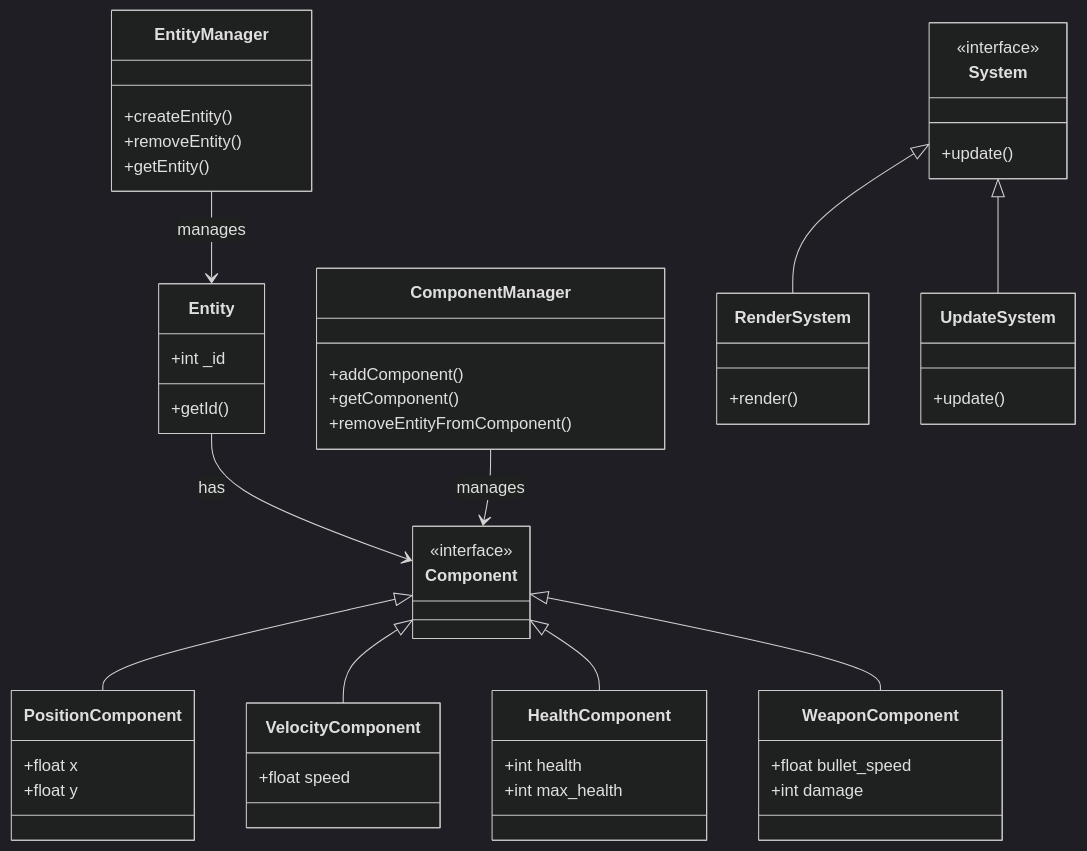
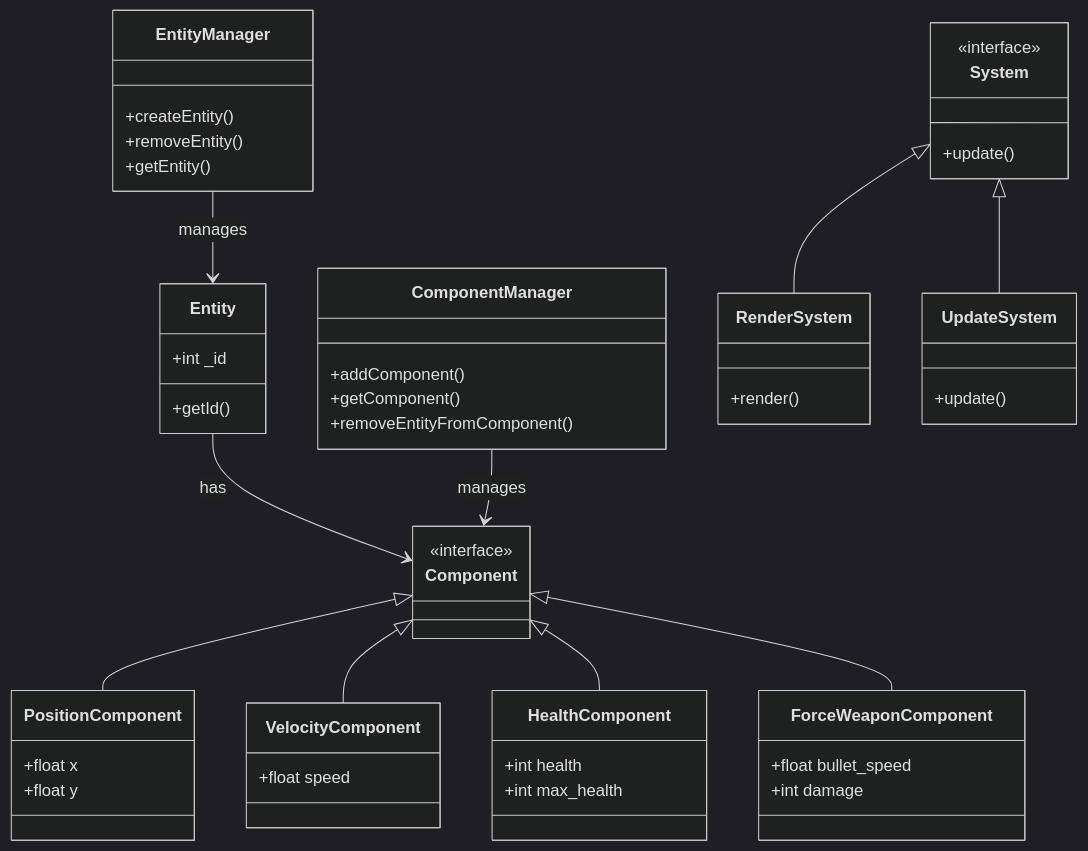
The seventh of 7 diagrams in Docs/DeveloperDocumentation.md (AleaChlodnik/R-Type), drawn with Mermaid (dark theme) before and after one commit. The commit also changed other lines of this file and 10 other files, not shown here.

First line of the commit message:
[FIX] force weapon move logic

````diff
--- a/Docs/DeveloperDocumentation.md
+++ b/Docs/DeveloperDocumentation.md
@@ -339,66 +339,66 @@
 ```mermaid
 classDiagram
     class Entity {
         +int _id
         +getId()
     }
 
     class Component {
         <<interface>>
     }
 
     class PositionComponent {
         +float x
         +float y
     }
 
     class VelocityComponent {
         +float speed
     }
 
     class HealthComponent {
         +int health
         +int max_health
     }
 
-    class WeaponComponent {
+    class ForceWeaponComponent {
         +float bullet_speed
         +int damage
     }
 
     class EntityManager {
         +createEntity()
         +removeEntity()
         +getEntity()
     }
 
     class ComponentManager {
         +addComponent()
         +getComponent()
         +removeEntityFromComponent()
     }
 
     class System {
         <<interface>>
         +update()
     }
 
     class RenderSystem {
         +render()
     }
 
     class UpdateSystem {
         +update()
     }
 
     Entity --> Component : has
     Component <|-- PositionComponent
     Component <|-- VelocityComponent
     Component <|-- HealthComponent
-    Component <|-- WeaponComponent
+    Component <|-- ForceWeaponComponent
 
     EntityManager --> Entity : manages
     ComponentManager --> Component : manages
     System <|-- RenderSystem
     System <|-- UpdateSystem
 ```
````
